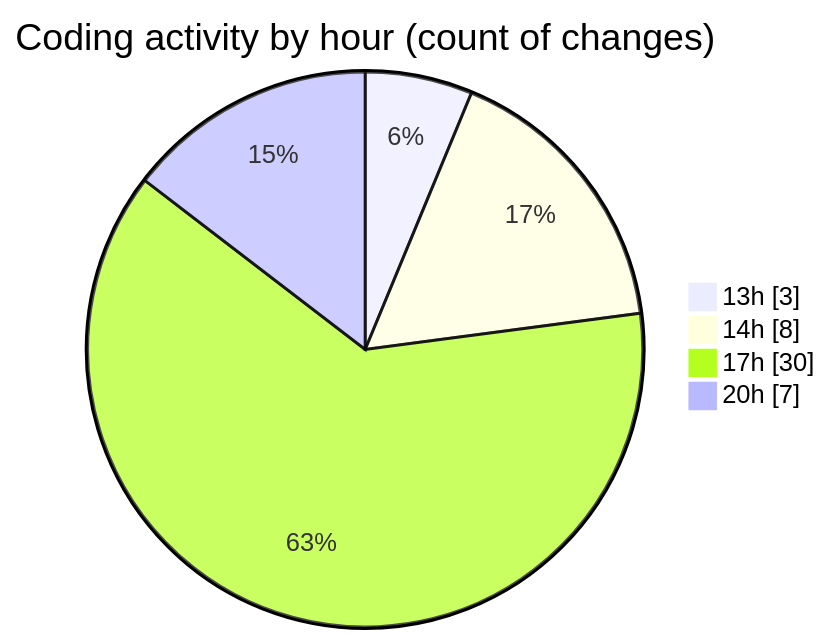
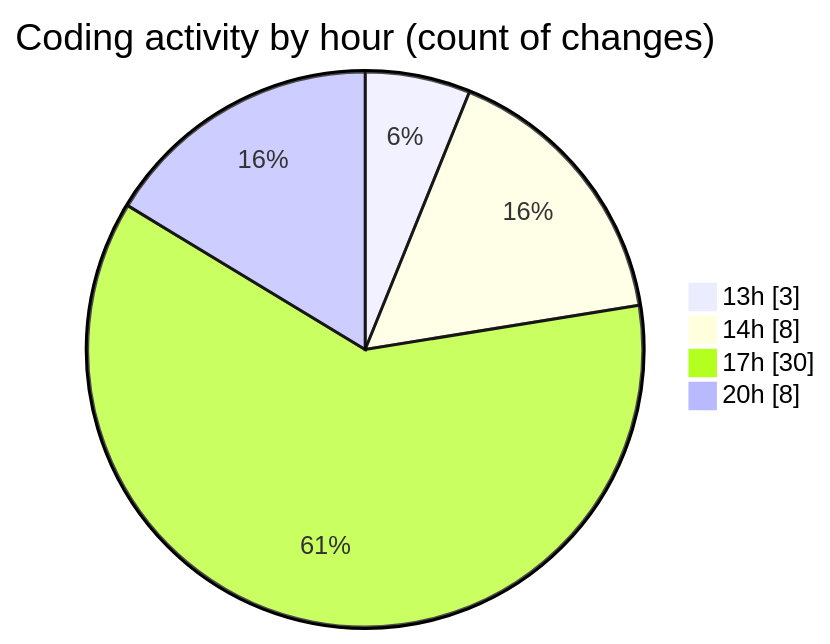
Before and after one commit to NitaiMahat/code-tracking: the second of 2 diagrams in 2025-02-04/recipe-page-main/README.md, drawn with Mermaid. The commit also changed other lines of this file and 1 other file, not shown here.

````diff
--- a/2025-02-04/recipe-page-main/README.md
+++ b/2025-02-04/recipe-page-main/README.md
@@ -30,8 +30,8 @@
 ```mermaid
 pie showData
 title Coding activity by hour (count of changes)
 "13h" : 3
 "14h" : 8
 "17h" : 30
-"20h" : 7
+"20h" : 8
 ```
````
